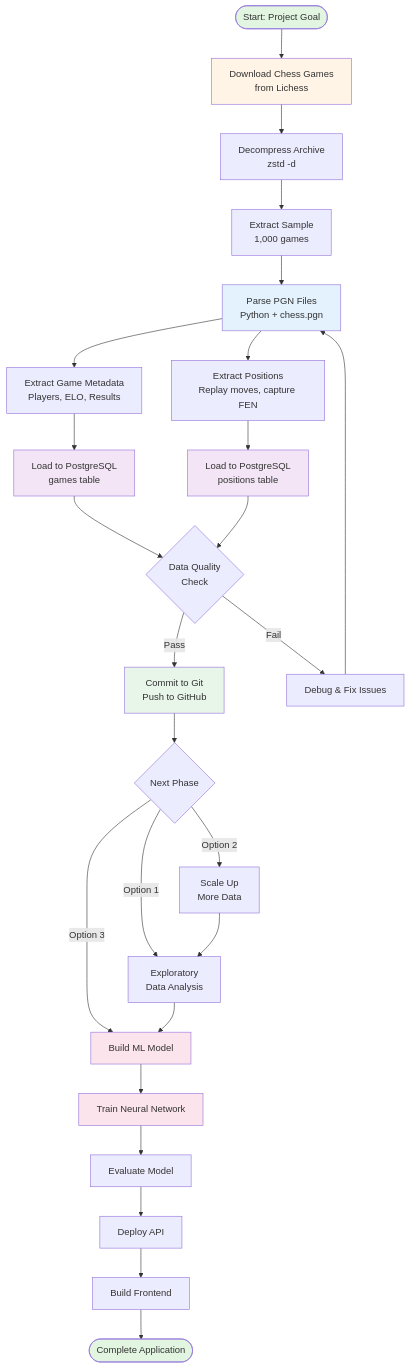
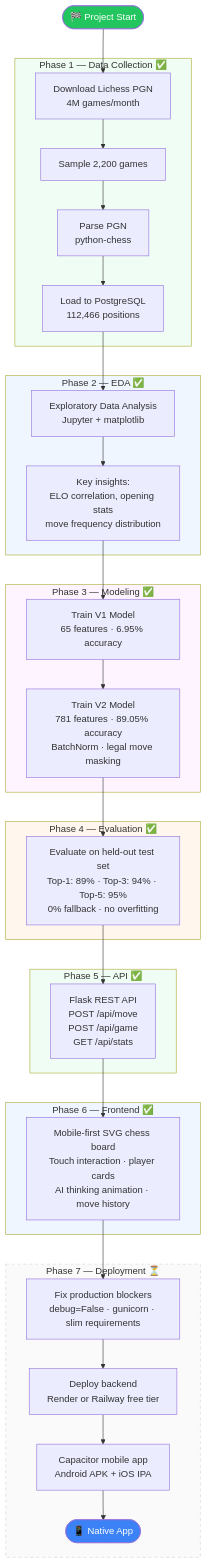
One commit to mfojeda/chess-ml-app changed the diagram in docs/diagrams/01_workflow.md. Above: the diagram before and after it, drawn with Mermaid. The commit also changed other lines of this file and 5 other files, not shown here.

First line of the commit message:
Docs overhaul and repo cleanup before deployment phase

````diff
--- a/docs/diagrams/01_workflow.md
+++ b/docs/diagrams/01_workflow.md
@@ -2,51 +3,50 @@
 ```mermaid
 graph TB
-    Start([Start: Project Goal]) --> Download[Download Chess Games<br/>from Lichess]
-    
-    Download --> Decompress[Decompress Archive<br/>zstd -d]
-    
-    Decompress --> Sample[Extract Sample<br/>1,000 games]
-    
-    Sample --> Parse[Parse PGN Files<br/>Python + chess.pgn]
-    
-    Parse --> ExtractGames[Extract Game Metadata<br/>Players, ELO, Results]
-    
-    Parse --> ExtractPos[Extract Positions<br/>Replay moves, capture FEN]
-    
-    ExtractGames --> LoadGames[Load to PostgreSQL<br/>games table]
-    
-    ExtractPos --> LoadPos[Load to PostgreSQL<br/>positions table]
-    
-    LoadGames --> Verify{Data Quality<br/>Check}
-    LoadPos --> Verify
-    
-    Verify -->|Pass| Commit[Commit to Git<br/>Push to GitHub]
-    Verify -->|Fail| Debug[Debug & Fix Issues]
-    
-    Debug --> Parse
-    
-    Commit --> NextPhase{Next Phase}
-    
-    NextPhase -->|Option 1| EDA[Exploratory<br/>Data Analysis]
-    NextPhase -->|Option 2| Scale[Scale Up<br/>More Data]
-    NextPhase -->|Option 3| ML[Build ML Model]
-    
-    EDA --> ML
-    Scale --> EDA
-    
-    ML --> Train[Train Neural Network]
-    Train --> Evaluate[Evaluate Model]
-    Evaluate --> Deploy[Deploy API]
-    Deploy --> Frontend[Build Frontend]
-    Frontend --> End([Complete Application])
-    
-    style Start fill:#e1f5e1
-    style End fill:#e1f5e1
-    style Download fill:#fff4e6
-    style Parse fill:#e3f2fd
-    style LoadGames fill:#f3e5f5
-    style LoadPos fill:#f3e5f5
-    style Commit fill:#e8f5e9
-    style ML fill:#fce4ec
-    style Train fill:#fce4ec
+    Start([🏁 Project Start]) --> DL
+
+    subgraph Phase1["Phase 1 — Data Collection ✅"]
+        DL[Download Lichess PGN\n4M games/month]
+        DL --> Sample[Sample 2,200 games]
+        Sample --> Parse[Parse PGN\npython-chess]
+        Parse --> Load[Load to PostgreSQL\n112,466 positions]
+    end
+
+    subgraph Phase2["Phase 2 — EDA ✅"]
+        Load --> EDA[Exploratory Data Analysis\nJupyter + matplotlib]
+        EDA --> Insights[Key insights:\nELO correlation, opening stats\nmove frequency distribution]
+    end
+
+    subgraph Phase3["Phase 3 — Modeling ✅"]
+        Insights --> V1[Train V1 Model\n65 features · 6.95% accuracy]
+        V1 --> V2[Train V2 Model\n781 features · 89.05% accuracy\nBatchNorm · legal move masking]
+    end
+
+    subgraph Phase4["Phase 4 — Evaluation ✅"]
+        V2 --> Eval[Evaluate on held-out test set\nTop-1: 89% · Top-3: 94% · Top-5: 95%\n0% fallback · no overfitting]
+    end
+
+    subgraph Phase5["Phase 5 — API ✅"]
+        Eval --> API[Flask REST API\nPOST /api/move\nPOST /api/game\nGET /api/stats]
+    end
+
+    subgraph Phase6["Phase 6 — Frontend ✅"]
+        API --> FE[Mobile-first SVG chess board\nTouch interaction · player cards\nAI thinking animation · move history]
+    end
+
+    subgraph Phase7["Phase 7 — Deployment ⏳"]
+        FE --> Fix[Fix production blockers\ndebug=False · gunicorn · slim requirements]
+        Fix --> Deploy[Deploy backend\nRender or Railway free tier]
+        Deploy --> Cap[Capacitor mobile app\nAndroid APK + iOS IPA]
+        Cap --> End([📱 Native App])
+    end
+
+    style Start fill:#22c55e,color:#fff
+    style End fill:#3b82f6,color:#fff
+    style Phase1 fill:#f0fdf4
+    style Phase2 fill:#eff6ff
+    style Phase3 fill:#fdf4ff
+    style Phase4 fill:#fff7ed
+    style Phase5 fill:#f0fdf4
+    style Phase6 fill:#eff6ff
+    style Phase7 fill:#fafafa,stroke:#d1d5db,stroke-dasharray:5
 ```
````
